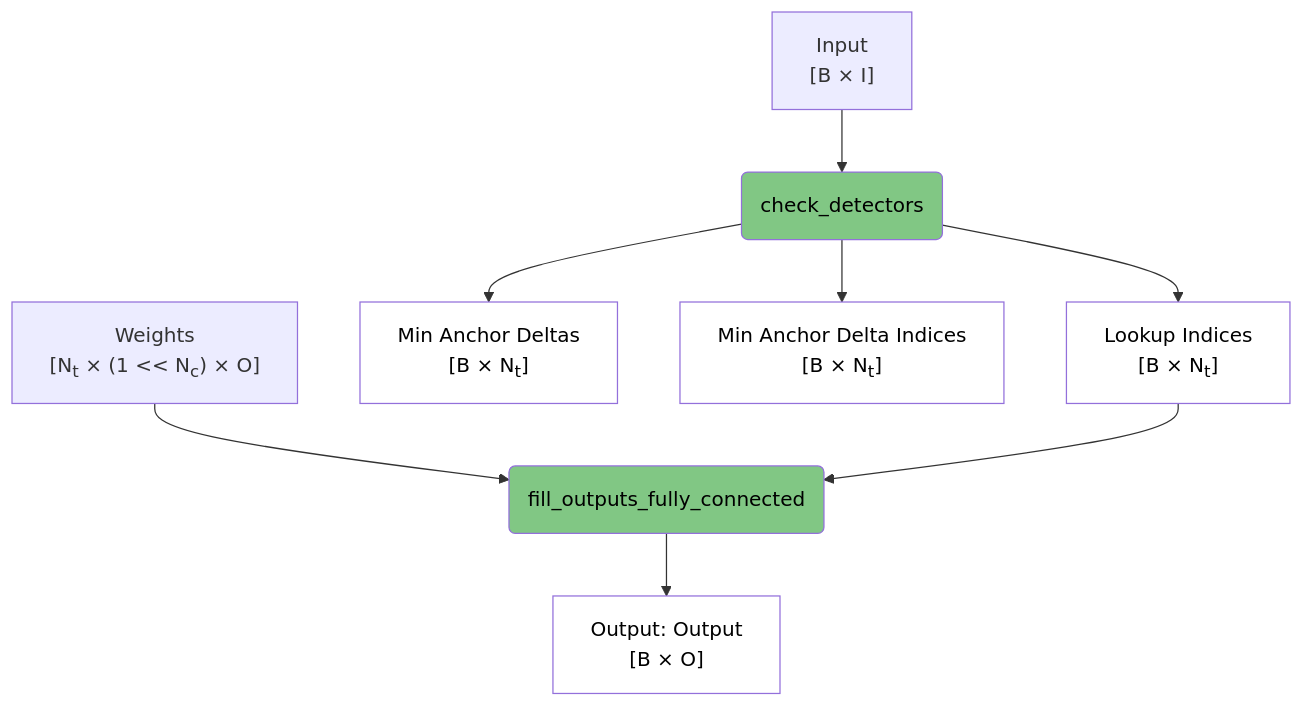
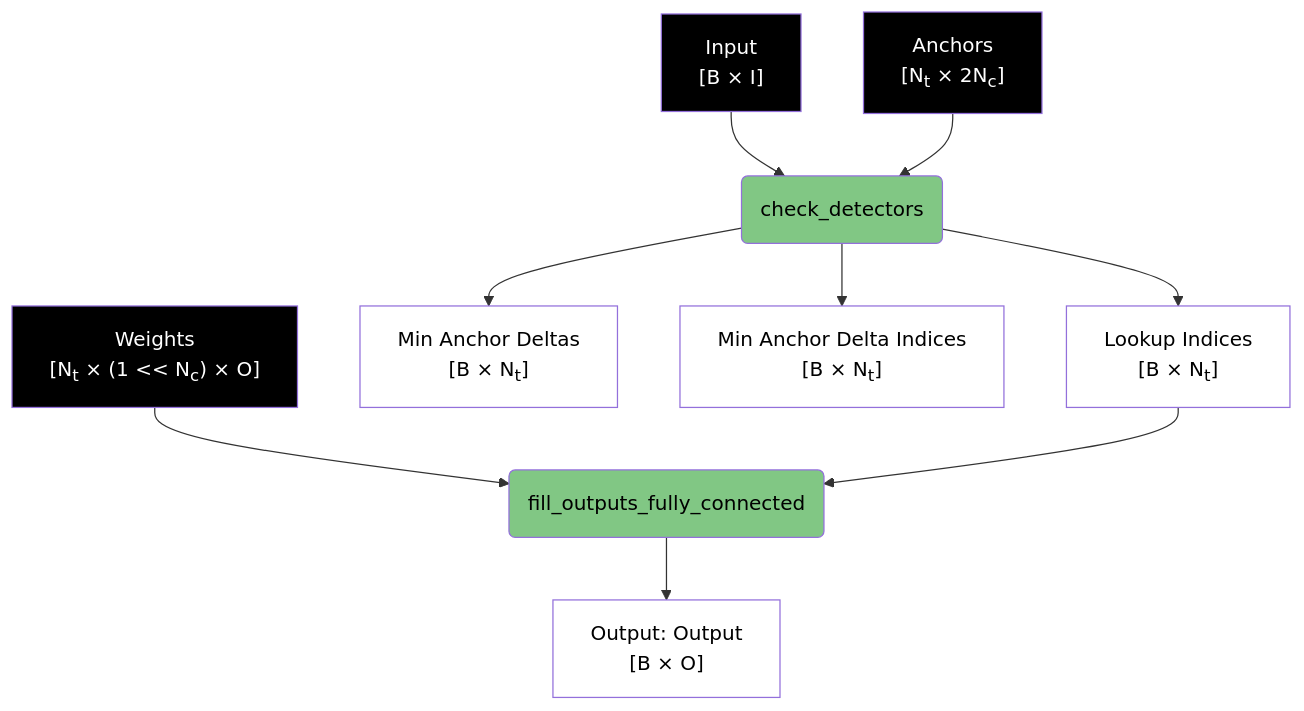
Before and after one commit to anatoli-starostin/spiky: the first of 6 diagrams in spiky_cuda/lut/doc/LUT_RUNTIME_DATA_FLOW.md, drawn with Mermaid. The commit also changed other lines of this file, not shown here.

````diff
--- a/spiky_cuda/lut/doc/LUT_RUNTIME_DATA_FLOW.md
+++ b/spiky_cuda/lut/doc/LUT_RUNTIME_DATA_FLOW.md
@@ -17,20 +17,24 @@
 ```mermaid
 flowchart TD
     A["Input<br/>[B × I]"] --> B(check_detectors)
+    D1["Anchors<br/>[N<sub>t</sub> × 2N<sub>c</sub>]"] --> B
     
     B --> C["Lookup Indices<br/>[B × N<sub>t</sub>]"]
     B --> D["Min Anchor Deltas<br/>[B × N<sub>t</sub>]"]
     B --> E["Min Anchor Delta Indices<br/>[B × N<sub>t</sub>]"]
     
     W1["Weights<br/>[N<sub>t</sub> × (1 << N<sub>c</sub>) × O]"] --> F(fill_outputs_fully_connected)
     C --> F
     
     F --> G["Output: Output<br/>[B × O]"]
     
     style B fill:#81c784,color:#000000
     style F fill:#81c784,color:#000000
     style C fill:#ffffff,color:#000000
     style D fill:#ffffff,color:#000000
     style E fill:#ffffff,color:#000000
     style G fill:#ffffff,color:#000000
+    style A fill:#000000,color:#ffffff
+    style D1 fill:#000000,color:#ffffff
+    style W1 fill:#000000,color:#ffffff
 ```
````
